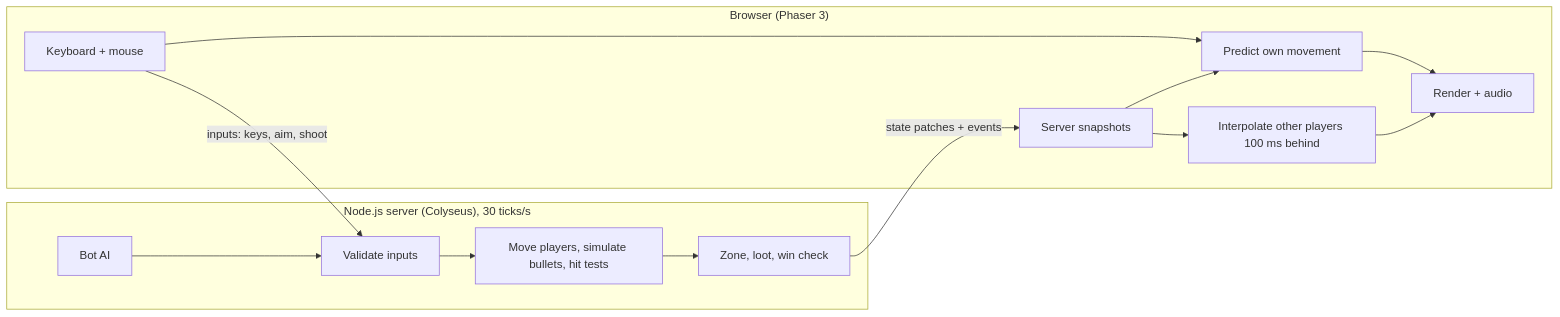
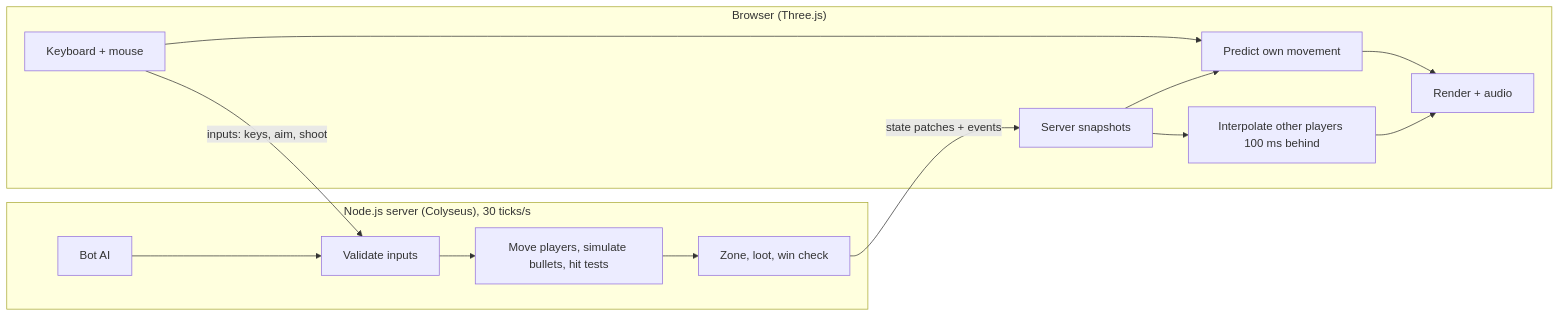
One commit to RXgoku/RXgoku changed the diagram in battle-royale/README.md. Above: the diagram before and after it, drawn with Mermaid. The commit also changed other lines of this file and 14 other files, not shown here.

````diff
--- a/battle-royale/README.md
+++ b/battle-royale/README.md
@@ -58,17 +62,17 @@
 ```mermaid
 flowchart LR
-  subgraph Browser["Browser (Phaser 3)"]
+  subgraph Browser["Browser (Three.js)"]
     I[Keyboard + mouse] --> P[Predict own movement]
     P --> R[Render + audio]
     S[Server snapshots] --> P
     S --> X[Interpolate other players 100 ms behind]
     X --> R
   end
   subgraph Server["Node.js server (Colyseus), 30 ticks/s"]
     V[Validate inputs] --> Sim[Move players, simulate bullets, hit tests]
     Sim --> Z[Zone, loot, win check]
     B[Bot AI] --> V
   end
   I -- "inputs: keys, aim, shoot" --> V
   Z -- "state patches + events" --> S
 ```
````
